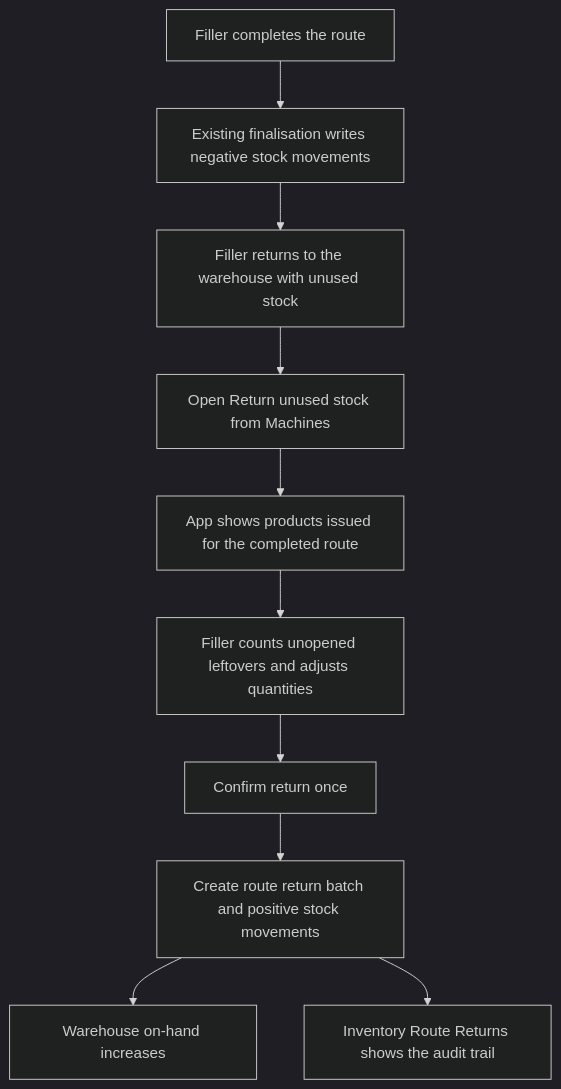
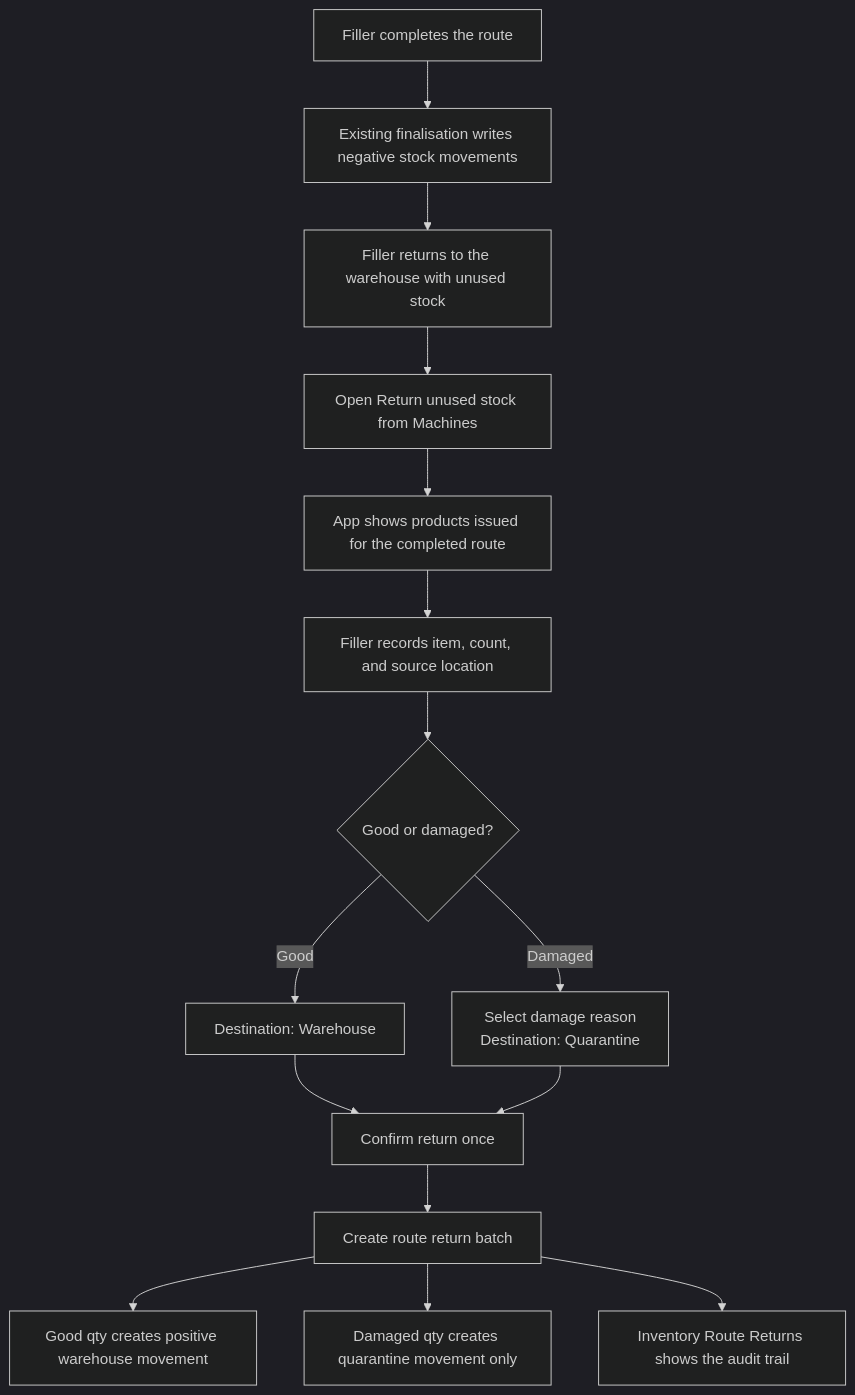
One commit to josh441/gameguys-proposed-ui changed the third of 7 diagrams in BUILD-PLAN.md. Above: the diagram before and after it, drawn with Mermaid (dark theme). The commit also changed other lines of this file and 4 other files, not shown here.

````diff
--- a/BUILD-PLAN.md
+++ b/BUILD-PLAN.md
@@ -174,12 +182,17 @@
 ```mermaid
 flowchart TD
   A[Filler completes the route] --> B[Existing finalisation writes negative stock movements]
   B --> C[Filler returns to the warehouse with unused stock]
   C --> D[Open Return unused stock from Machines]
   D --> E[App shows products issued for the completed route]
-  E --> F[Filler counts unopened leftovers and adjusts quantities]
-  F --> G[Confirm return once]
-  G --> H[Create route return batch and positive stock movements]
-  H --> I[Warehouse on-hand increases]
-  H --> J[Inventory Route Returns shows the audit trail]
+  E --> F[Filler records item, count, and source location]
+  F --> G{Good or damaged?}
+  G -- Good --> H[Destination: Warehouse]
+  G -- Damaged --> Q[Select damage reason<br/>Destination: Quarantine]
+  H --> K[Confirm return once]
+  Q --> K
+  K --> L[Create route return batch]
+  L --> I[Good qty creates positive warehouse movement]
+  L --> X[Damaged qty creates quarantine movement only]
+  L --> J[Inventory Route Returns shows the audit trail]
 ```
````
